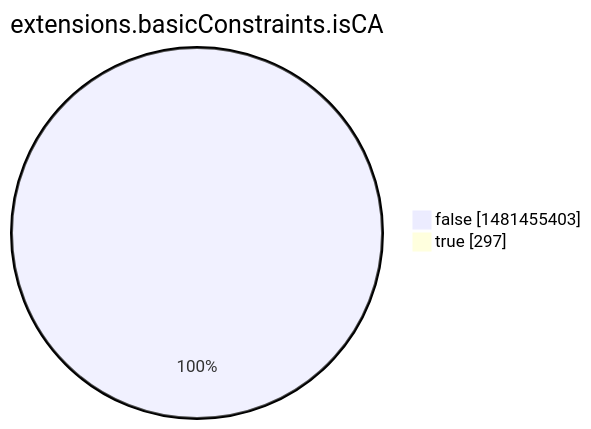
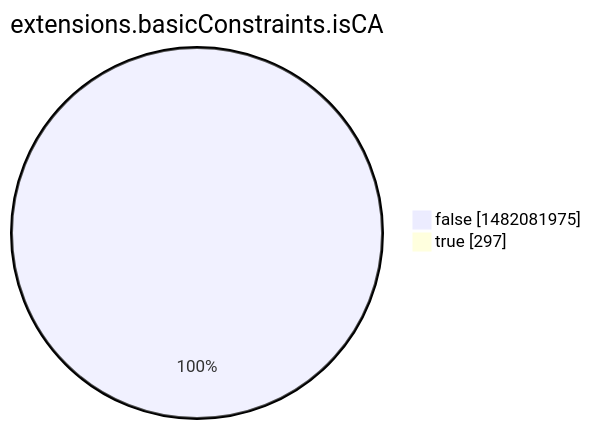
The eighth of 15 diagrams in argon2022/README.md (christiankrug/ctmonitor_visualization), drawn with Mermaid before and after one commit. The commit also changed other lines of this file, not shown here.

````diff
--- a/argon2022/README.md
+++ b/argon2022/README.md
@@ -2760,6 +2760,6 @@
 ```mermaid
 pie showData
 title extensions.basicConstraints.isCA
-"false" :1481455403
+"false" :1482081975
 "true" :297
 ```
````
